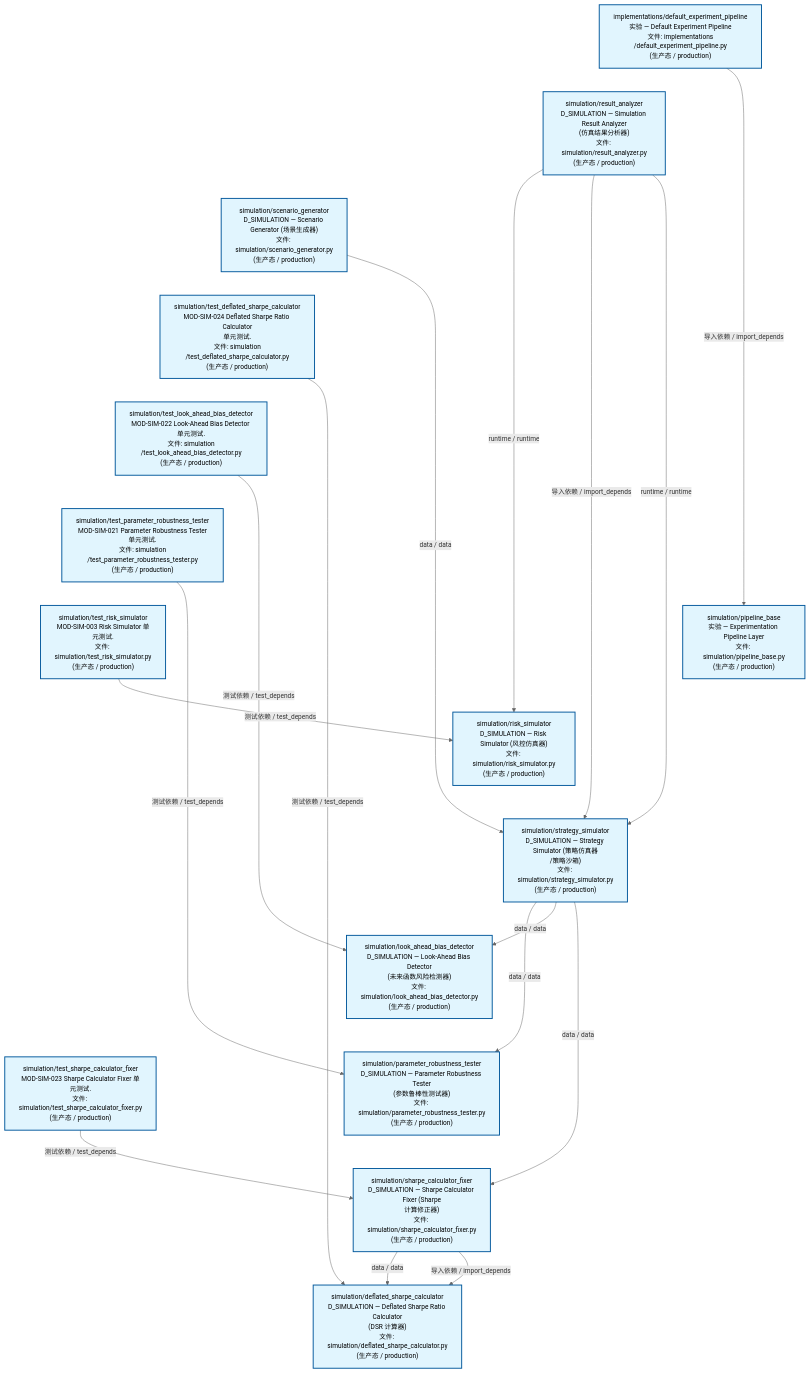
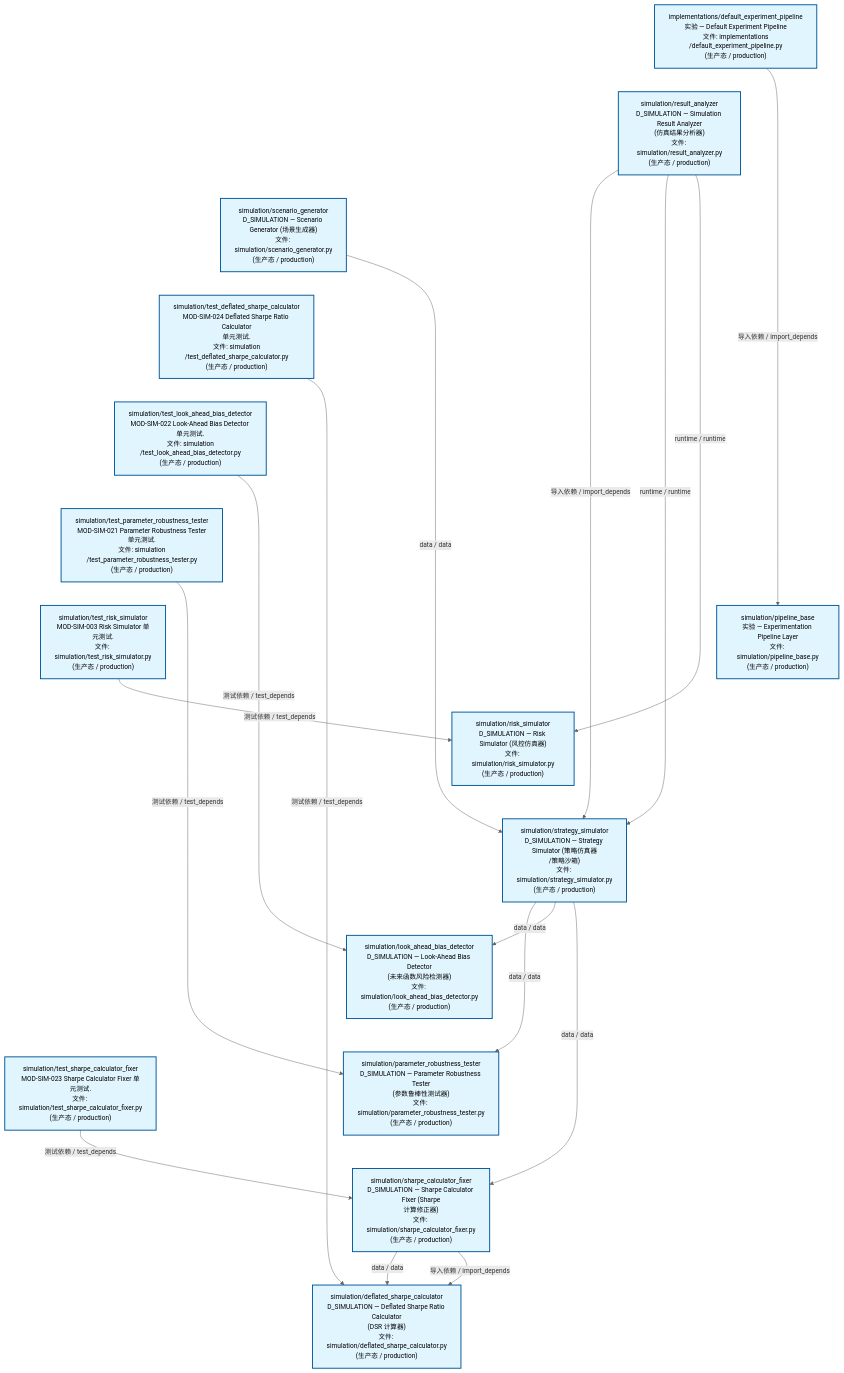
Before and after one commit to xuanFelixVan/ZephyrAlpha: the second of 3 diagrams in docs/02_enterprise_architecture/02_domain_architecture_docs/70_d_simulation.md, drawn with Mermaid. The commit also changed other lines of this file and 42 other files, not shown here.

````diff
--- a/docs/02_enterprise_architecture/02_domain_architecture_docs/70_d_simulation.md
+++ b/docs/02_enterprise_architecture/02_domain_architecture_docs/70_d_simulation.md
@@ -120,50 +120,50 @@
 ```mermaid
 %%{init: {'theme': 'base', 'themeVariables': {'primaryColor': '#eaeaea', 'primaryTextColor': '#333333', 'primaryBorderColor': '#666666', 'lineColor': '#666666', 'secondaryColor': '#eaeaea', 'tertiaryColor': '#eaeaea', 'fontSize': '14px'}}}%%
 flowchart TD
     src_zephyr_simulation_implementations_default_experiment_pipeline_py["implementations/default_experiment_pipeline<br/>实验 — Default Experiment Pipeline<br/>文件: implementations<br/>/default_experiment_pipeline.py<br/>(生产态 / production)"]
     src_zephyr_simulation_result_analyzer_py["simulation/result_analyzer<br/>D_SIMULATION — Simulation Result Analyzer<br/>(仿真结果分析器)<br/>文件: simulation/result_analyzer.py<br/>(生产态 / production)"]
     src_zephyr_simulation_scenario_generator_py["simulation/scenario_generator<br/>D_SIMULATION — Scenario Generator (场景生成器)<br/>文件: simulation/scenario_generator.py<br/>(生产态 / production)"]
     tests_simulation_test_deflated_sharpe_calculator_py["simulation/test_deflated_sharpe_calculator<br/>MOD-SIM-024 Deflated Sharpe Ratio Calculator<br/>单元测试.<br/>文件: simulation<br/>/test_deflated_sharpe_calculator.py<br/>(生产态 / production)"]
     tests_simulation_test_look_ahead_bias_detector_py["simulation/test_look_ahead_bias_detector<br/>MOD-SIM-022 Look-Ahead Bias Detector 单元测试.<br/>文件: simulation<br/>/test_look_ahead_bias_detector.py<br/>(生产态 / production)"]
     tests_simulation_test_parameter_robustness_tester_py["simulation/test_parameter_robustness_tester<br/>MOD-SIM-021 Parameter Robustness Tester<br/>单元测试.<br/>文件: simulation<br/>/test_parameter_robustness_tester.py<br/>(生产态 / production)"]
     tests_simulation_test_risk_simulator_py["simulation/test_risk_simulator<br/>MOD-SIM-003 Risk Simulator 单元测试.<br/>文件: simulation/test_risk_simulator.py<br/>(生产态 / production)"]
     tests_simulation_test_sharpe_calculator_fixer_py["simulation/test_sharpe_calculator_fixer<br/>MOD-SIM-023 Sharpe Calculator Fixer 单元测试.<br/>文件: simulation/test_sharpe_calculator_fixer.py<br/>(生产态 / production)"]
     src_zephyr_simulation_implementations_default_experiment_pipeline_py ~~~ src_zephyr_simulation_result_analyzer_py
     src_zephyr_simulation_result_analyzer_py ~~~ src_zephyr_simulation_scenario_generator_py
     src_zephyr_simulation_scenario_generator_py ~~~ tests_simulation_test_deflated_sharpe_calculator_py
     tests_simulation_test_deflated_sharpe_calculator_py ~~~ tests_simulation_test_look_ahead_bias_detector_py
     tests_simulation_test_look_ahead_bias_detector_py ~~~ tests_simulation_test_parameter_robustness_tester_py
     tests_simulation_test_parameter_robustness_tester_py ~~~ tests_simulation_test_risk_simulator_py
     tests_simulation_test_risk_simulator_py ~~~ tests_simulation_test_sharpe_calculator_fixer_py
     src_zephyr_simulation_pipeline_base_py["simulation/pipeline_base<br/>实验 — Experimentation Pipeline Layer<br/>文件: simulation/pipeline_base.py<br/>(生产态 / production)"]
     src_zephyr_simulation_risk_simulator_py["simulation/risk_simulator<br/>D_SIMULATION — Risk Simulator (风控仿真器)<br/>文件: simulation/risk_simulator.py<br/>(生产态 / production)"]
     src_zephyr_simulation_strategy_simulator_py["simulation/strategy_simulator<br/>D_SIMULATION — Strategy Simulator (策略仿真器<br/>/策略沙箱)<br/>文件: simulation/strategy_simulator.py<br/>(生产态 / production)"]
     src_zephyr_simulation_pipeline_base_py ~~~ src_zephyr_simulation_risk_simulator_py
     src_zephyr_simulation_risk_simulator_py ~~~ src_zephyr_simulation_strategy_simulator_py
     src_zephyr_simulation_look_ahead_bias_detector_py["simulation/look_ahead_bias_detector<br/>D_SIMULATION — Look-Ahead Bias Detector<br/>(未来函数风险检测器)<br/>文件: simulation/look_ahead_bias_detector.py<br/>(生产态 / production)"]
     src_zephyr_simulation_parameter_robustness_tester_py["simulation/parameter_robustness_tester<br/>D_SIMULATION — Parameter Robustness Tester<br/>(参数鲁棒性测试器)<br/>文件: simulation/parameter_robustness_tester.py<br/>(生产态 / production)"]
     src_zephyr_simulation_sharpe_calculator_fixer_py["simulation/sharpe_calculator_fixer<br/>D_SIMULATION — Sharpe Calculator Fixer (Sharpe<br/>计算修正器)<br/>文件: simulation/sharpe_calculator_fixer.py<br/>(生产态 / production)"]
     src_zephyr_simulation_look_ahead_bias_detector_py ~~~ src_zephyr_simulation_parameter_robustness_tester_py
     src_zephyr_simulation_parameter_robustness_tester_py ~~~ src_zephyr_simulation_sharpe_calculator_fixer_py
     src_zephyr_simulation_deflated_sharpe_calculator_py["simulation/deflated_sharpe_calculator<br/>D_SIMULATION — Deflated Sharpe Ratio Calculator<br/>(DSR 计算器)<br/>文件: simulation/deflated_sharpe_calculator.py<br/>(生产态 / production)"]
+    src_zephyr_simulation_result_analyzer_py -->|导入依赖 / import_depends| src_zephyr_simulation_strategy_simulator_py
+    src_zephyr_simulation_result_analyzer_py -->|runtime / runtime| src_zephyr_simulation_strategy_simulator_py
+    src_zephyr_simulation_result_analyzer_py -->|runtime / runtime| src_zephyr_simulation_risk_simulator_py
+    src_zephyr_simulation_strategy_simulator_py -->|data / data| src_zephyr_simulation_parameter_robustness_tester_py
+    src_zephyr_simulation_strategy_simulator_py -->|data / data| src_zephyr_simulation_look_ahead_bias_detector_py
+    src_zephyr_simulation_strategy_simulator_py -->|data / data| src_zephyr_simulation_sharpe_calculator_fixer_py
     src_zephyr_simulation_scenario_generator_py -->|data / data| src_zephyr_simulation_strategy_simulator_py
     src_zephyr_simulation_sharpe_calculator_fixer_py -->|data / data| src_zephyr_simulation_deflated_sharpe_calculator_py
     src_zephyr_simulation_sharpe_calculator_fixer_py -->|导入依赖 / import_depends| src_zephyr_simulation_deflated_sharpe_calculator_py
-    src_zephyr_simulation_strategy_simulator_py -->|data / data| src_zephyr_simulation_parameter_robustness_tester_py
-    src_zephyr_simulation_strategy_simulator_py -->|data / data| src_zephyr_simulation_look_ahead_bias_detector_py
-    src_zephyr_simulation_strategy_simulator_py -->|data / data| src_zephyr_simulation_sharpe_calculator_fixer_py
-    src_zephyr_simulation_result_analyzer_py -->|runtime / runtime| src_zephyr_simulation_risk_simulator_py
-    src_zephyr_simulation_result_analyzer_py -->|导入依赖 / import_depends| src_zephyr_simulation_strategy_simulator_py
-    src_zephyr_simulation_result_analyzer_py -->|runtime / runtime| src_zephyr_simulation_strategy_simulator_py
     src_zephyr_simulation_implementations_default_experiment_pipeline_py -->|导入依赖 / import_depends| src_zephyr_simulation_pipeline_base_py
     tests_simulation_test_parameter_robustness_tester_py -->|测试依赖 / test_depends| src_zephyr_simulation_parameter_robustness_tester_py
     tests_simulation_test_deflated_sharpe_calculator_py -->|测试依赖 / test_depends| src_zephyr_simulation_deflated_sharpe_calculator_py
+    tests_simulation_test_sharpe_calculator_fixer_py -->|测试依赖 / test_depends| src_zephyr_simulation_sharpe_calculator_fixer_py
+    tests_simulation_test_look_ahead_bias_detector_py -->|测试依赖 / test_depends| src_zephyr_simulation_look_ahead_bias_detector_py
     tests_simulation_test_risk_simulator_py -->|测试依赖 / test_depends| src_zephyr_simulation_risk_simulator_py
-    tests_simulation_test_look_ahead_bias_detector_py -->|测试依赖 / test_depends| src_zephyr_simulation_look_ahead_bias_detector_py
-    tests_simulation_test_sharpe_calculator_fixer_py -->|测试依赖 / test_depends| src_zephyr_simulation_sharpe_calculator_fixer_py
     classDef production fill:#e1f5fe,stroke:#01579b,stroke-width:2px,color:#000
     classDef design fill:#fff3e0,stroke:#e65100,stroke-width:2px,color:#000,stroke-dasharray: 5 5
     classDef external_prod fill:#e8f4fd,stroke:#0277bd,stroke-width:1px,color:#000
     classDef external_design fill:#fff8e7,stroke:#ef6c00,stroke-width:1px,color:#000,stroke-dasharray: 5 5
     class src_zephyr_simulation_deflated_sharpe_calculator_py,src_zephyr_simulation_implementations_default_experiment_pipeline_py,src_zephyr_simulation_look_ahead_bias_detector_py,src_zephyr_simulation_parameter_robustness_tester_py,src_zephyr_simulation_pipeline_base_py,src_zephyr_simulation_result_analyzer_py,src_zephyr_simulation_risk_simulator_py,src_zephyr_simulation_scenario_generator_py,src_zephyr_simulation_sharpe_calculator_fixer_py,src_zephyr_simulation_strategy_simulator_py,tests_simulation_test_deflated_sharpe_calculator_py,tests_simulation_test_look_ahead_bias_detector_py,tests_simulation_test_parameter_robustness_tester_py,tests_simulation_test_risk_simulator_py,tests_simulation_test_sharpe_calculator_fixer_py production
 ```
````
